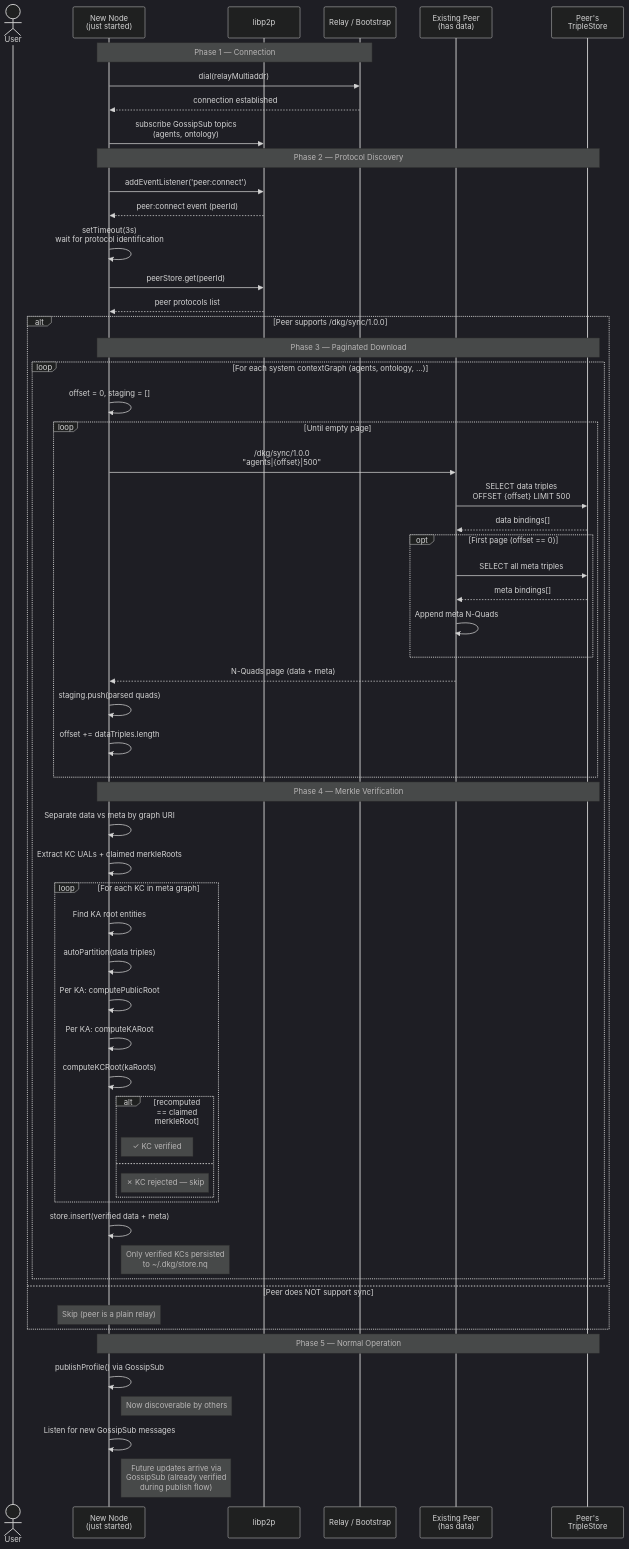
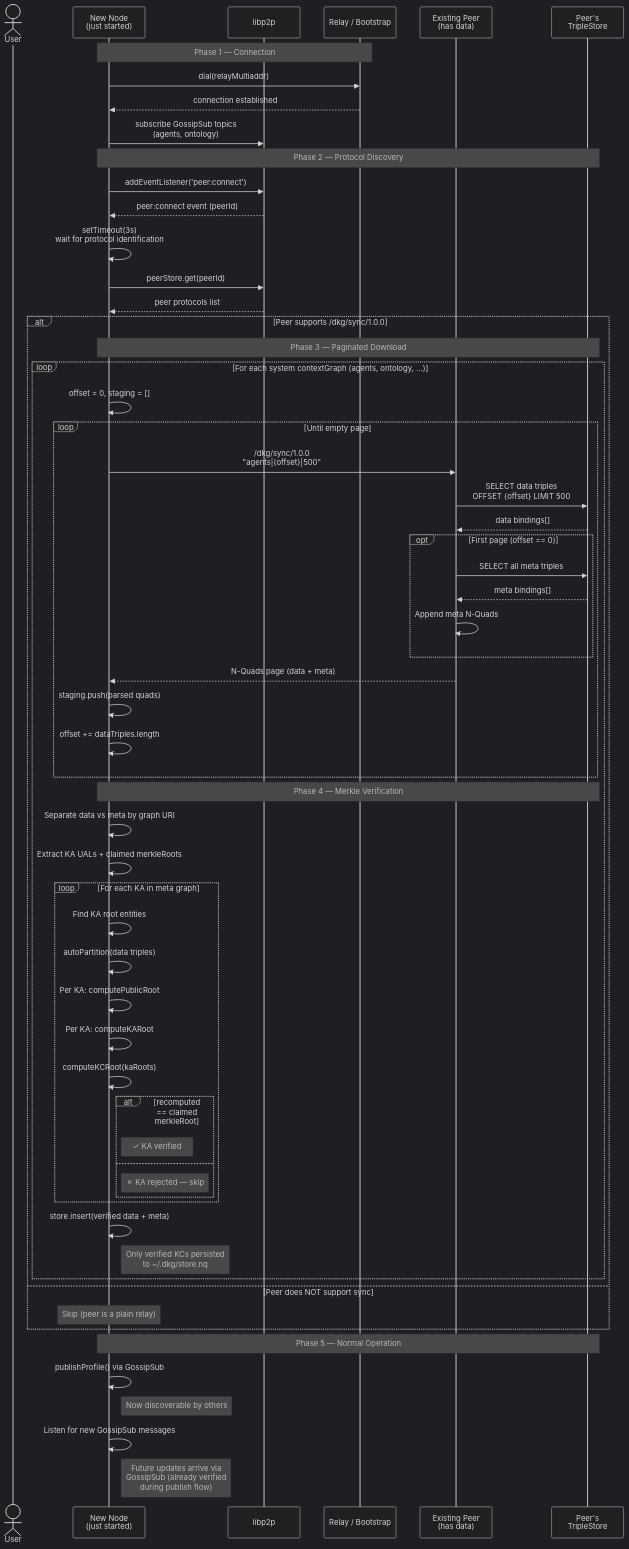
Before and after one commit to KilianTrunk/dkg: the diagram in docs/diagrams/sync-flow.md, drawn with Mermaid (dark theme). The commit also changed other lines of this file and 122 other files, not shown here.

````diff
--- a/docs/diagrams/sync-flow.md
+++ b/docs/diagrams/sync-flow.md
@@ -143,82 +143,82 @@
 ```mermaid
 sequenceDiagram
     actor User
 
     participant NewNode as New Node<br/>(just started)
     participant Libp2p as libp2p
     participant Relay as Relay / Bootstrap
     participant Peer as Existing Peer<br/>(has data)
     participant Store as Peer's<br/>TripleStore
 
     Note over NewNode,Relay: Phase 1 — Connection
 
     NewNode ->> Relay: dial(relayMultiaddr)
     Relay -->> NewNode: connection established
     NewNode ->> Libp2p: subscribe GossipSub topics<br/>(agents, ontology)
 
     Note over NewNode,Store: Phase 2 — Protocol Discovery
 
     NewNode ->> Libp2p: addEventListener('peer:connect')
     Libp2p -->> NewNode: peer:connect event (peerId)
     NewNode ->> NewNode: setTimeout(3s)<br/>wait for protocol identification
 
     NewNode ->> Libp2p: peerStore.get(peerId)
     Libp2p -->> NewNode: peer protocols list
 
     alt Peer supports /dkg/sync/1.0.0
         Note over NewNode,Store: Phase 3 — Paginated Download
 
         loop For each system contextGraph (agents, ontology, ...)
             NewNode ->> NewNode: offset = 0, staging = []
 
             loop Until empty page
                 NewNode ->> Peer: /dkg/sync/1.0.0<br/>"agents|{offset}|500"
 
                 Peer ->> Store: SELECT data triples<br/>OFFSET {offset} LIMIT 500
                 Store -->> Peer: data bindings[]
 
                 opt First page (offset == 0)
                     Peer ->> Store: SELECT all meta triples
                     Store -->> Peer: meta bindings[]
                     Peer ->> Peer: Append meta N-Quads
                 end
 
                 Peer -->> NewNode: N-Quads page (data + meta)
                 NewNode ->> NewNode: staging.push(parsed quads)
                 NewNode ->> NewNode: offset += dataTriples.length
             end
 
             Note over NewNode,Store: Phase 4 — Merkle Verification
 
             NewNode ->> NewNode: Separate data vs meta by graph URI
-            NewNode ->> NewNode: Extract KC UALs + claimed merkleRoots
+            NewNode ->> NewNode: Extract KA UALs + claimed merkleRoots
 
-            loop For each KC in meta graph
+            loop For each KA in meta graph
                 NewNode ->> NewNode: Find KA root entities
                 NewNode ->> NewNode: autoPartition(data triples)
                 NewNode ->> NewNode: Per KA: computePublicRoot
                 NewNode ->> NewNode: Per KA: computeKARoot
                 NewNode ->> NewNode: computeKCRoot(kaRoots)
 
                 alt recomputed == claimed merkleRoot
-                    Note right of NewNode: ✓ KC verified
+                    Note right of NewNode: ✓ KA verified
                 else
-                    Note right of NewNode: ✗ KC rejected — skip
+                    Note right of NewNode: ✗ KA rejected — skip
                 end
             end
 
             NewNode ->> NewNode: store.insert(verified data + meta)
             Note right of NewNode: Only verified KCs persisted<br/>to ~/.dkg/store.nq
         end
 
     else Peer does NOT support sync
         Note over NewNode: Skip (peer is a plain relay)
     end
 
     Note over NewNode,Store: Phase 5 — Normal Operation
 
     NewNode ->> NewNode: publishProfile() via GossipSub
     Note right of NewNode: Now discoverable by others
     NewNode ->> NewNode: Listen for new GossipSub messages
     Note right of NewNode: Future updates arrive via<br/>GossipSub (already verified<br/>during publish flow)
 ```
````
